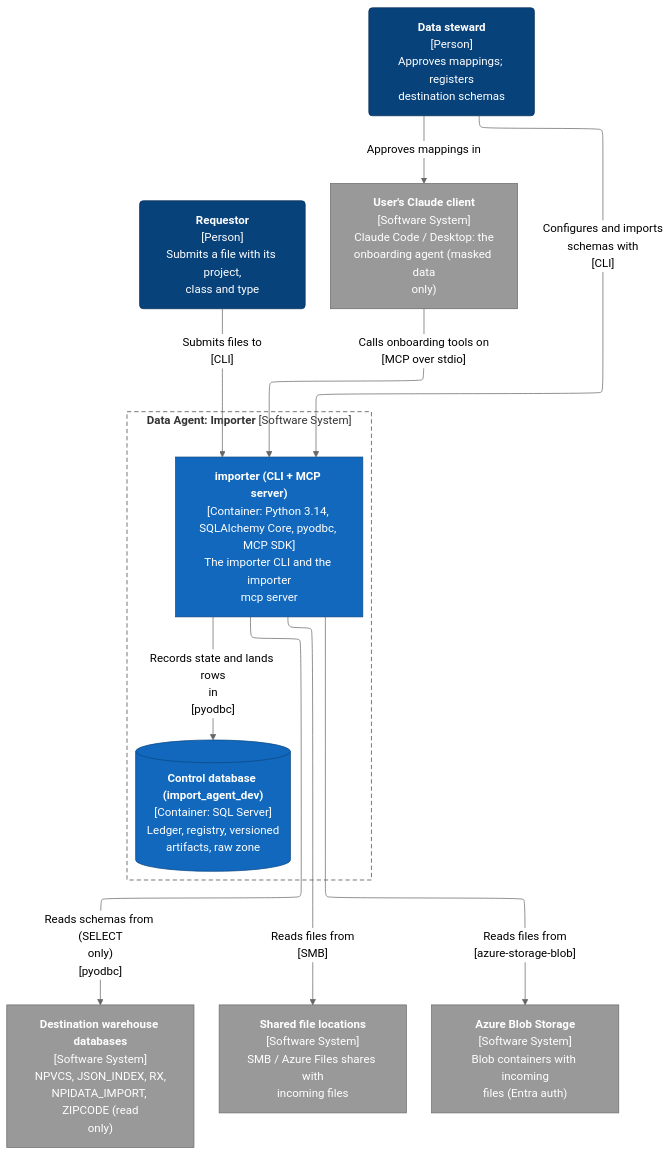
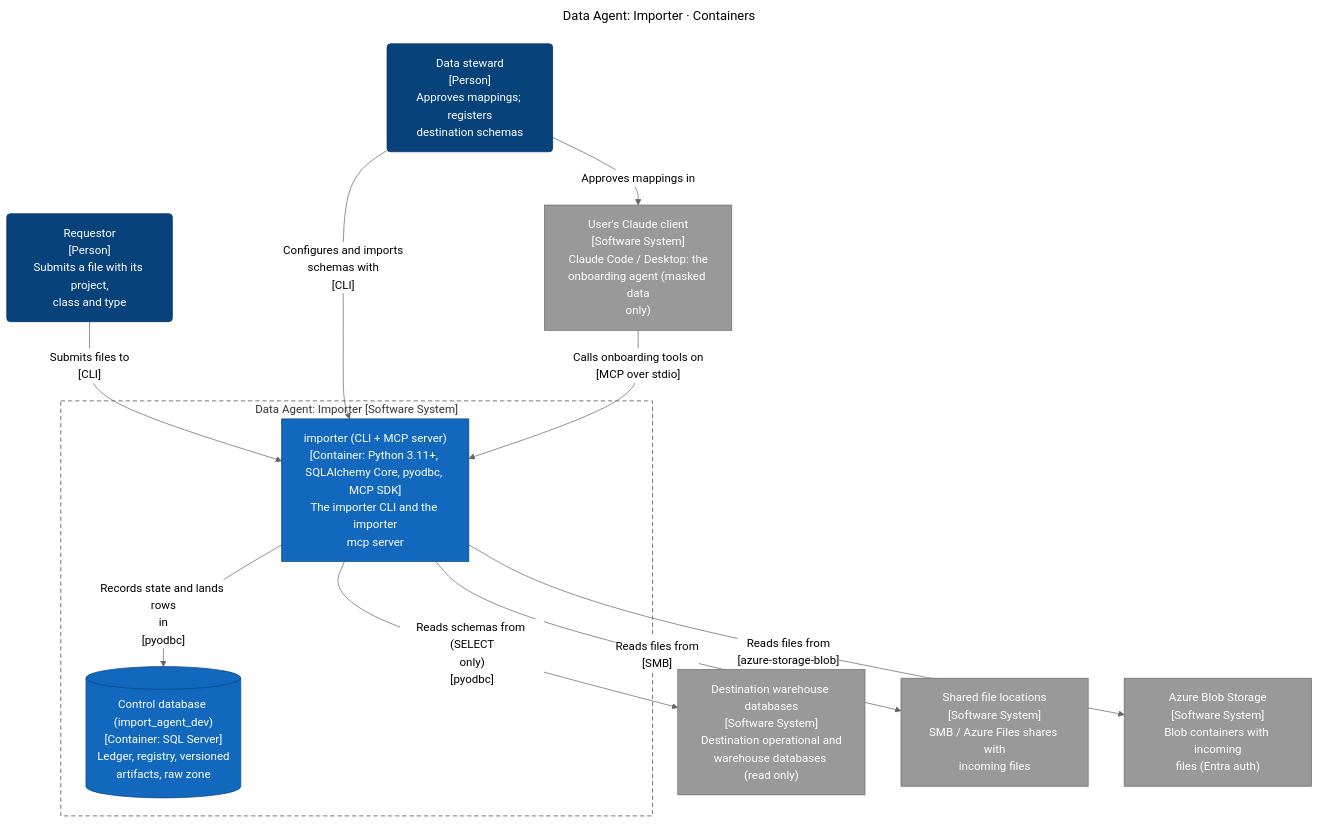
Before and after one commit to SqlDataSpire/AIDataImportAgentMCP: the second of 10 diagrams in docs/architecture/c4/ArchitectureReport.md, drawn with Mermaid (neutral theme). The commit also changed other lines of this file and 30 other files, not shown here.

Commit message:
docs(architecture): refresh C4 diagrams to v3.5.1 and add ArchitectureReview.md

````diff
--- a/docs/architecture/c4/ArchitectureReport.md
+++ b/docs/architecture/c4/ArchitectureReport.md
@@ -92,71 +111,34 @@
 ```mermaid
 ---
-config:
-  layout: elk
+title: "Data Agent: Importer · Containers"
 ---
 flowchart TB
-    requestor("`**Requestor**
-[Person]
-Submits a file with its project,
-class and type`")
-    steward("`**Data steward**
-[Person]
-Approves mappings; registers
-destination schemas`")
-    subgraph boundary["`**Data Agent: Importer** [Software System]`"]
-        data_import_agent["`**importer (CLI + MCP server)**
-[Container: Python 3.14, SQLAlchemy Core, pyodbc, MCP SDK]
-The importer CLI and the importer
-mcp server`"]
-        db_sql_server[("`**Control database (import_agent_dev)**
-[Container: SQL Server]
-Ledger, registry, versioned
-artifacts, raw zone`")]
+    requestor("Requestor<br/>[Person]<br/>Submits a file with its project,<br/>class and type")
+    steward("Data steward<br/>[Person]<br/>Approves mappings; registers<br/>destination schemas")
+    subgraph boundary["Data Agent: Importer [Software System]"]
+        data_import_agent["importer (CLI + MCP server)<br/>[Container: Python 3.11+, SQLAlchemy Core, pyodbc, MCP SDK]<br/>The importer CLI and the importer<br/>mcp server"]
+        db_sql_server[("Control database (import_agent_dev)<br/>[Container: SQL Server]<br/>Ledger, registry, versioned<br/>artifacts, raw zone")]
     end
-    destination_dbs["`**Destination warehouse databases**
-[Software System]
-NPVCS, JSON_INDEX, RX,
-NPIDATA_IMPORT, ZIPCODE (read
-only)`"]
-    claude_client["`**User's Claude client**
-[Software System]
-Claude Code / Desktop: the
-onboarding agent (masked data
-only)`"]
-    file_shares["`**Shared file locations**
-[Software System]
-SMB / Azure Files shares with
-incoming files`"]
-    azure_blob["`**Azure Blob Storage**
-[Software System]
-Blob containers with incoming
-files (Entra auth)`"]
-    requestor -->|"`Submits files to
-[CLI]`"| data_import_agent
-    steward -->|"`Approves mappings in`"| claude_client
-    steward -->|"`Configures and imports
-schemas with
-[CLI]`"| data_import_agent
-    claude_client -->|"`Calls onboarding tools on
-[MCP over stdio]`"| data_import_agent
-    data_import_agent -->|"`Reads files from
-[SMB]`"| file_shares
-    data_import_agent -->|"`Reads files from
-[azure-storage-blob]`"| azure_blob
-    data_import_agent -->|"`Records state and lands rows
-in
-[pyodbc]`"| db_sql_server
-    data_import_agent -->|"`Reads schemas from (SELECT
-only)
-[pyodbc]`"| destination_dbs
+    destination_dbs["Destination warehouse databases<br/>[Software System]<br/>Destination operational and<br/>warehouse databases (read only)"]
+    claude_client["User's Claude client<br/>[Software System]<br/>Claude Code / Desktop: the<br/>onboarding agent (masked data<br/>only)"]
+    file_shares["Shared file locations<br/>[Software System]<br/>SMB / Azure Files shares with<br/>incoming files"]
+    azure_blob["Azure Blob Storage<br/>[Software System]<br/>Blob containers with incoming<br/>files (Entra auth)"]
+    requestor -->|"Submits files to<br/>[CLI]"| data_import_agent
+    steward -->|"Approves mappings in"| claude_client
+    steward -->|"Configures and imports<br/>schemas with<br/>[CLI]"| data_import_agent
+    claude_client -->|"Calls onboarding tools on<br/>[MCP over stdio]"| data_import_agent
+    data_import_agent -->|"Reads files from<br/>[SMB]"| file_shares
+    data_import_agent -->|"Reads files from<br/>[azure-storage-blob]"| azure_blob
+    data_import_agent -->|"Records state and lands rows<br/>in<br/>[pyodbc]"| db_sql_server
+    data_import_agent -->|"Reads schemas from (SELECT<br/>only)<br/>[pyodbc]"| destination_dbs
     classDef person fill:#08427b,stroke:#052e56,color:#ffffff
     classDef container fill:#1168bd,stroke:#0b4884,color:#ffffff
     classDef system fill:#1168bd,stroke:#0b4884,color:#ffffff
     classDef component fill:#85bbf0,stroke:#5d82a8,color:#000000
     classDef external fill:#999999,stroke:#6b6b6b,color:#ffffff
     classDef shared fill:#dbe9f6,stroke:#5d82a8,color:#000000,stroke-dasharray:4 3
     class requestor,steward person
     class data_import_agent,db_sql_server container
     class destination_dbs,claude_client,file_shares,azure_blob external
     style boundary fill:none,stroke:#444444,stroke-dasharray:6 4
 ```
````
